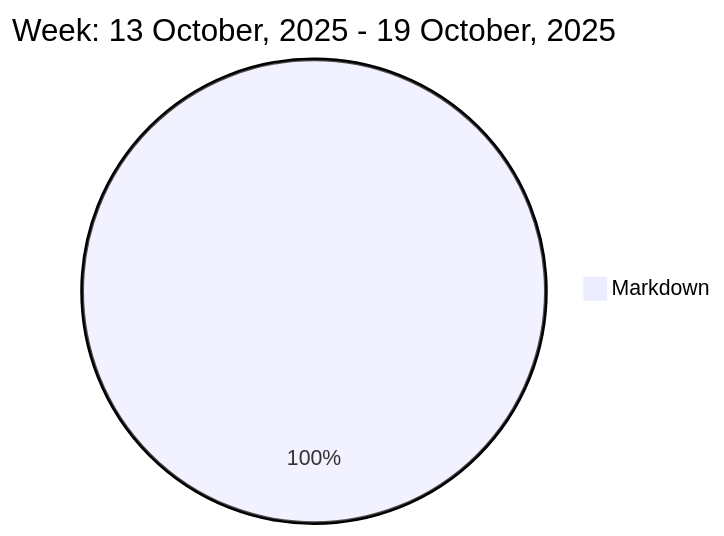
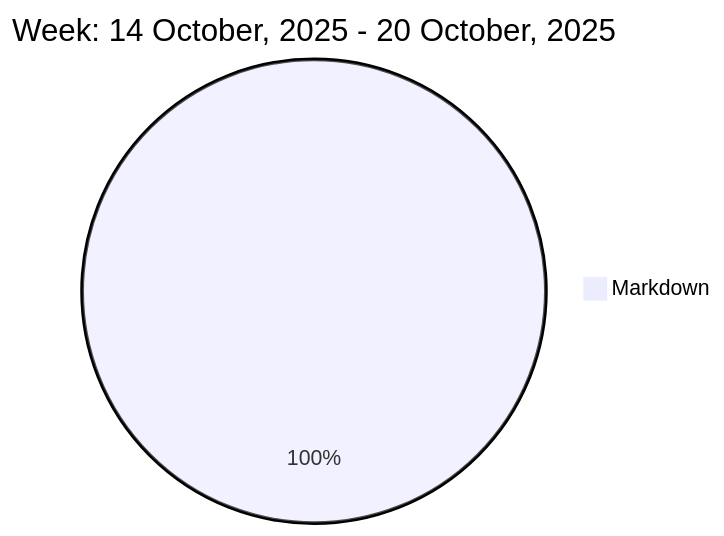
One commit to liubin95/liubin95 changed the diagram in README.md. Above: the diagram before and after it, drawn with Mermaid.

Commit message:
Updated the Graph with new Metrics

````diff
--- a/README.md
+++ b/README.md
@@ -37,5 +37,5 @@
 ```mermaid
  pie
-title Week: 13 October, 2025 - 19 October, 2025
- "Markdown" : 2.25
+title Week: 14 October, 2025 - 20 October, 2025
+ "Markdown" : 2.68
 ```
````
